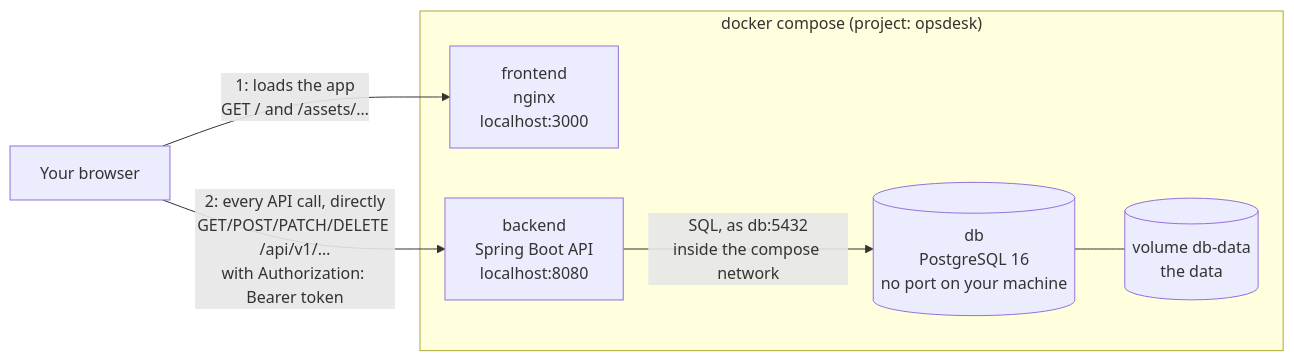
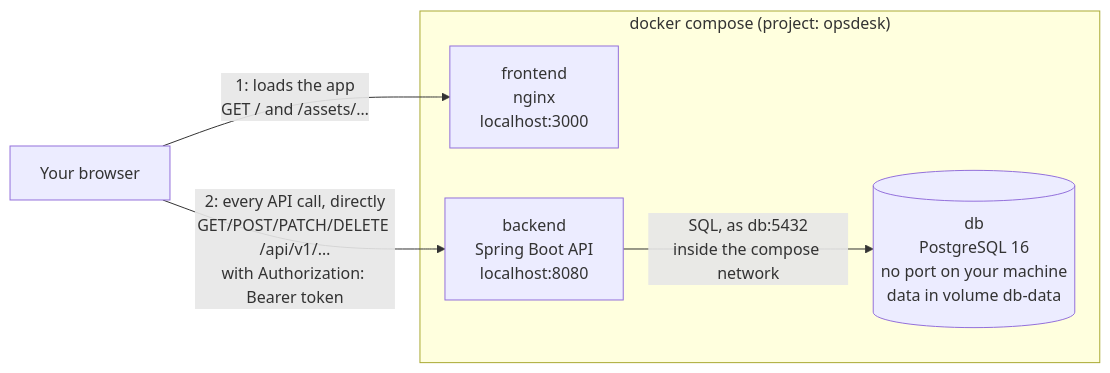
The diagram in README.md (Stormmzyy/opsdesk-system), drawn with Mermaid before and after one commit. The commit also changed other lines of this file, not shown here.

First line of the commit message:
README: corrections from a clean-machine run

````diff
--- a/README.md
+++ b/README.md
@@ -39,16 +39,14 @@
 ```mermaid
 flowchart LR
     browser["Your browser"]
 
     subgraph compose["docker compose (project: opsdesk)"]
         frontend["frontend<br/>nginx<br/>localhost:3000"]
         backend["backend<br/>Spring Boot API<br/>localhost:8080"]
-        db[("db<br/>PostgreSQL 16<br/>no port on your machine")]
-        volume[("volume db-data<br/>the data")]
+        db[("db<br/>PostgreSQL 16<br/>no port on your machine<br/>data in volume db-data")]
     end
 
     browser -- "1: loads the app<br/>GET / and /assets/…" --> frontend
     browser -- "2: every API call, directly<br/>GET/POST/PATCH/DELETE /api/v1/…<br/>with Authorization: Bearer token" --> backend
     backend -- "SQL, as db:5432<br/>inside the compose network" --> db
-    db --- volume
 ```
````
